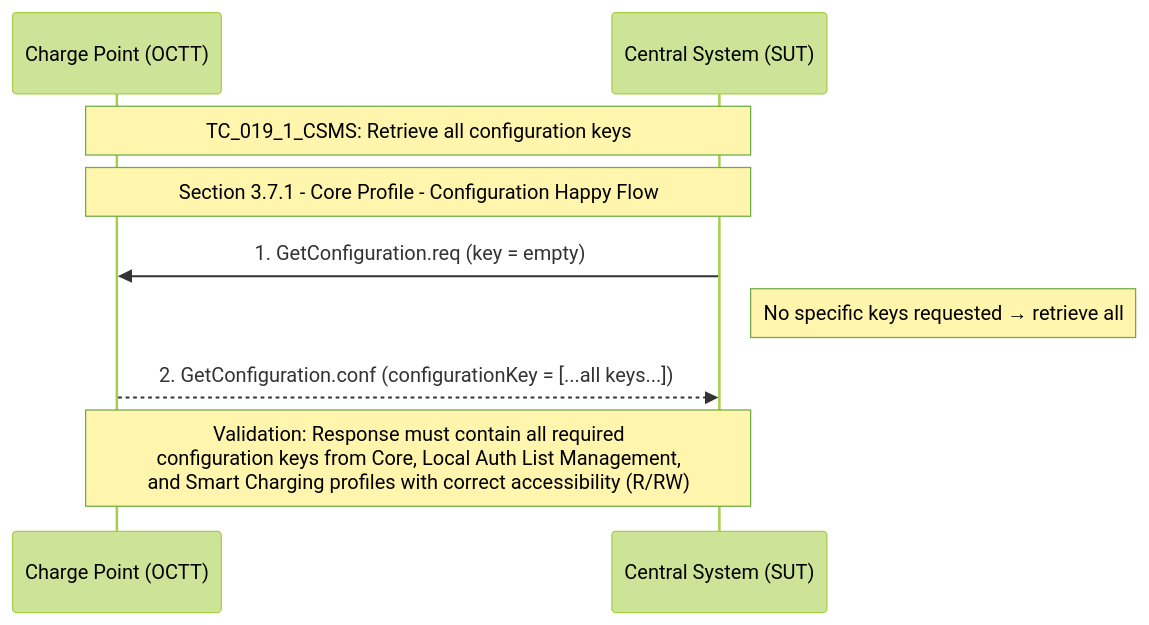
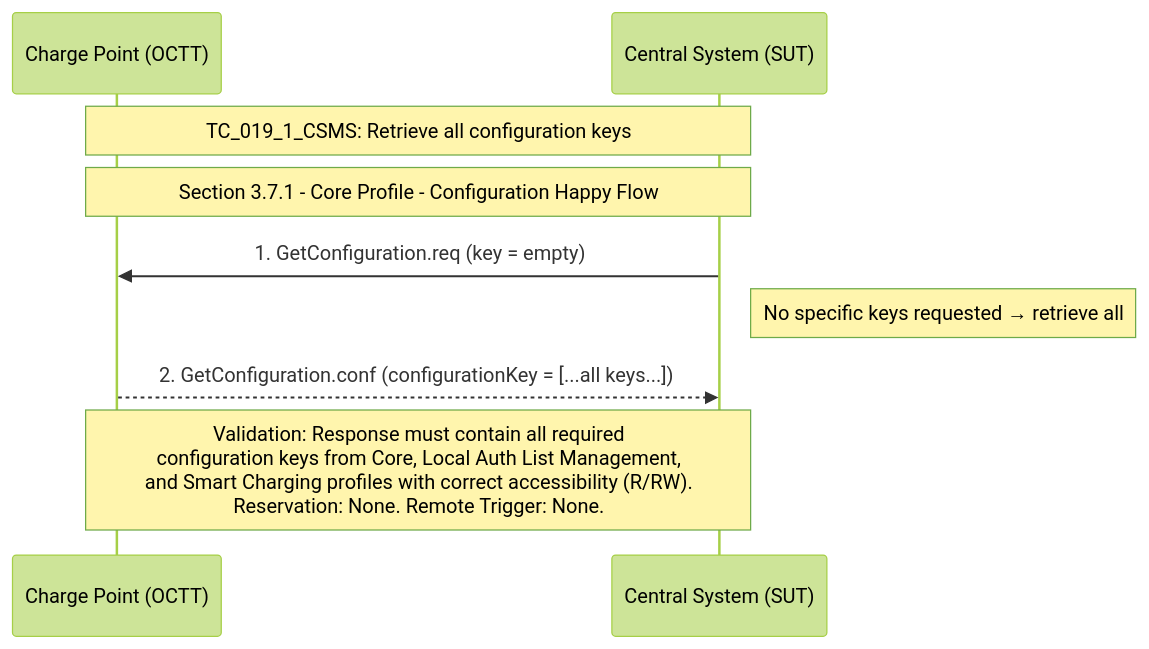
The diagram in 1.6/test_tc_019_1_csms.mermaid (tzi-app/tzi-OCTT), drawn with Mermaid (forest theme) before and after one commit. The commit also changed 173 other files, not shown here.

```diff
--- a/1.6/test_tc_019_1_csms.mermaid
+++ b/1.6/test_tc_019_1_csms.mermaid
@@ -1,13 +1,13 @@
 sequenceDiagram
     participant CP as Charge Point (OCTT)
     participant CS as Central System (SUT)
 
     Note over CP,CS: TC_019_1_CSMS: Retrieve all configuration keys
     Note over CP,CS: Section 3.7.1 - Core Profile - Configuration Happy Flow
 
     CS->>CP: 1. GetConfiguration.req (key = empty)
     Note right of CS: No specific keys requested → retrieve all
 
     CP-->>CS: 2. GetConfiguration.conf (configurationKey = [...all keys...])
 
-    Note over CP,CS: Validation: Response must contain all required<br/>configuration keys from Core, Local Auth List Management,<br/>and Smart Charging profiles with correct accessibility (R/RW)
+    Note over CP,CS: Validation: Response must contain all required<br/>configuration keys from Core, Local Auth List Management,<br/>and Smart Charging profiles with correct accessibility (R/RW).<br/>Reservation: None. Remote Trigger: None.
```
